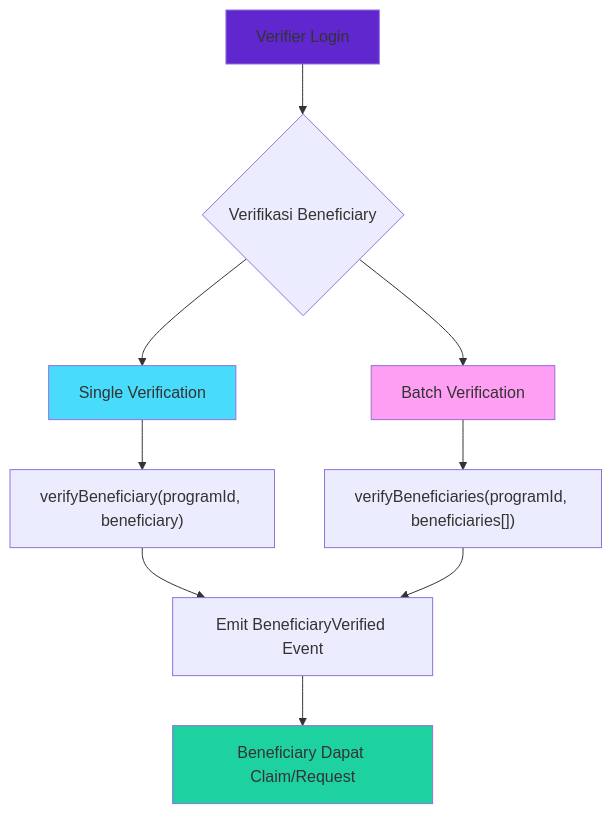
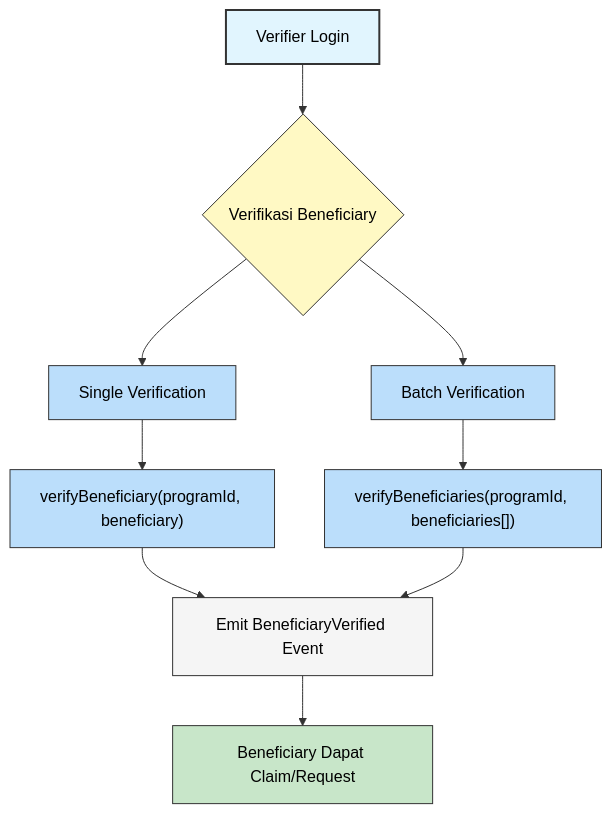
The fourth of 9 diagrams in WALKTHROUGH.md (raflimulyarahman/PocketGrant), drawn with Mermaid before and after one commit. The commit also changed other lines of this file, not shown here.

Commit message:
docs: improve contrast and readability of Mermaid diagrams in walkthrough

````diff
--- a/WALKTHROUGH.md
+++ b/WALKTHROUGH.md
@@ -202,20 +208,21 @@
 ```mermaid
 flowchart TD
-    A[Verifier Login] --> B{Verifikasi Beneficiary}
+    classDef startNode stroke:#333,stroke-width:2px,fill:#e1f5fe,color:#000
+    classDef decision stroke:#333,stroke-width:1px,fill:#fff9c4,color:#000
+    classDef action stroke:#333,stroke-width:1px,fill:#bbdefb,color:#000
+    classDef success stroke:#333,stroke-width:1px,fill:#c8e6c9,color:#000
+    classDef subNode stroke:#333,stroke-width:1px,fill:#f5f5f5,color:#000
 
-    B --> C[Single Verification]
-    C --> C1["verifyBeneficiary(programId, beneficiary)"]
+    A[Verifier Login]:::startNode --> B{Verifikasi Beneficiary}:::decision
 
-    B --> D[Batch Verification]
-    D --> D1["verifyBeneficiaries(programId, beneficiaries[])"]
+    B --> C[Single Verification]:::action
+    C --> C1["verifyBeneficiary(programId, beneficiary)"]:::action
 
-    C1 --> E[Emit BeneficiaryVerified Event]
+    B --> D[Batch Verification]:::action
+    D --> D1["verifyBeneficiaries(programId, beneficiaries[])"]:::action
+
+    C1 --> E[Emit BeneficiaryVerified Event]:::subNode
     D1 --> E
 
-    E --> F[Beneficiary Dapat Claim/Request]
-
-    style A fill:#5f27cd
-    style C fill:#48dbfb
-    style D fill:#ff9ff3
-    style F fill:#1dd1a1
+    E --> F[Beneficiary Dapat Claim/Request]:::success
 ```
````
